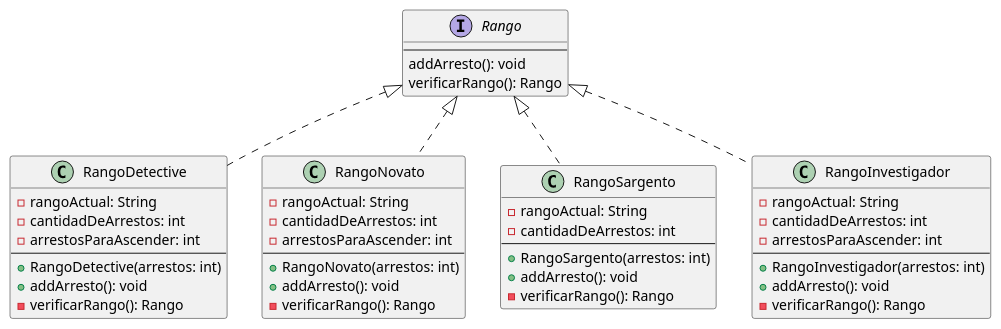
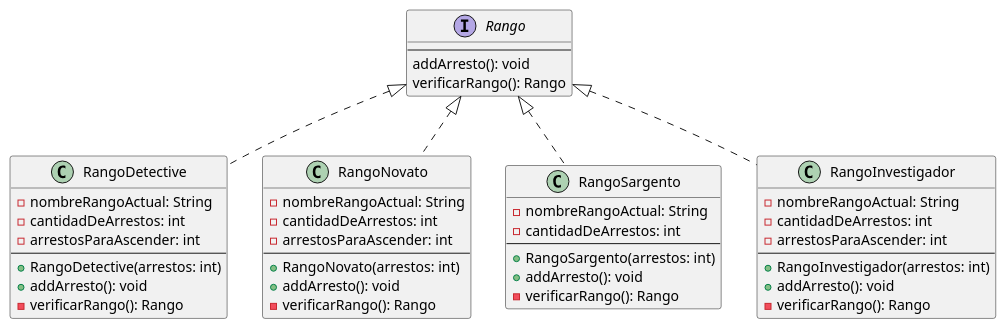
The diagram in diagrams/classes/Entrega1/claseRango.puml (alexguttlein/TP2-CarmenSandiego), drawn with PlantUML before and after one commit. The commit also changed 11 other files, not shown here.

Commit message:
Se actualizan diagramas

```diff
--- a/diagrams/classes/Entrega1/claseRango.puml
+++ b/diagrams/classes/Entrega1/claseRango.puml
@@ -1,49 +1,49 @@
 @startuml
 
 interface Rango {
     --
     addArresto(): void
     verificarRango(): Rango
 }
 
 class RangoDetective {
-    -rangoActual: String
+    -nombreRangoActual: String
     -cantidadDeArrestos: int
     -arrestosParaAscender: int
     --
     +RangoDetective(arrestos: int)
     +addArresto(): void
     -verificarRango(): Rango
 }
 class RangoNovato {
-    -rangoActual: String
+    -nombreRangoActual: String
     -cantidadDeArrestos: int
     -arrestosParaAscender: int
     --
     +RangoNovato(arrestos: int)
     +addArresto(): void
     -verificarRango(): Rango
 }
 class RangoSargento {
-    -rangoActual: String
+    -nombreRangoActual: String
     -cantidadDeArrestos: int
     --
     +RangoSargento(arrestos: int)
     +addArresto(): void
     -verificarRango(): Rango
 }
 class RangoInvestigador {
-    -rangoActual: String
+    -nombreRangoActual: String
     -cantidadDeArrestos: int
     -arrestosParaAscender: int
     --
     +RangoInvestigador(arrestos: int)
     +addArresto(): void
     -verificarRango(): Rango
 }
 Rango <|.. RangoDetective
 Rango <|.. RangoSargento
 Rango <|.. RangoNovato
 Rango <|.. RangoInvestigador
 
 @enduml
```
